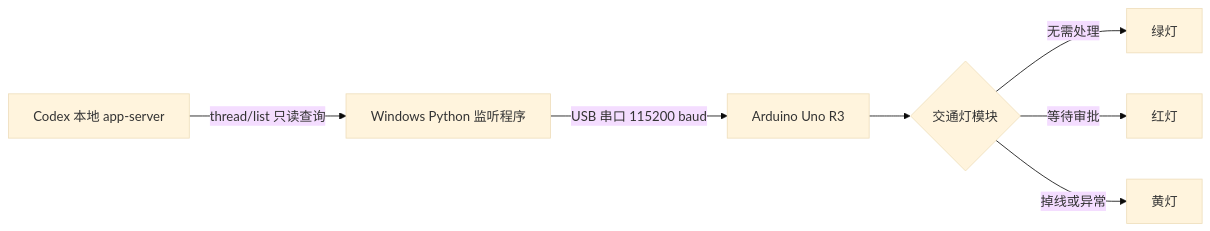
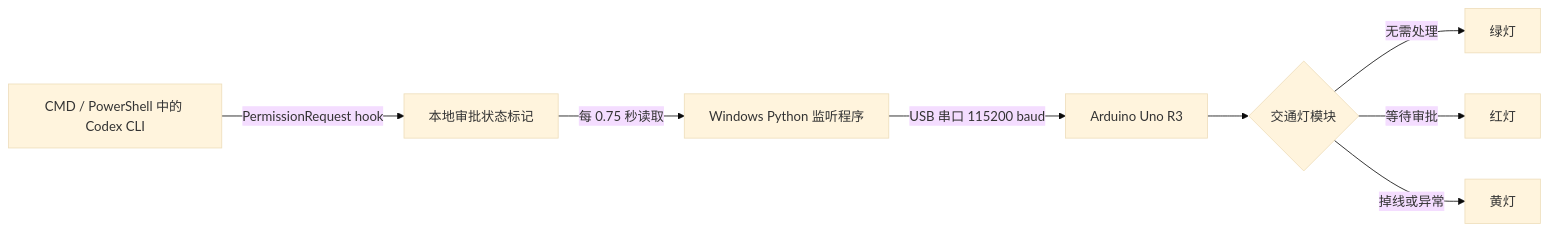
One commit to anonymousguestme-ctrl/Codex-Status-Traffic-Light changed the diagram in README.md. Above: the diagram before and after it, drawn with Mermaid (base theme). The commit also changed other lines of this file and 11 other files, not shown here.

````diff
--- a/README.md
+++ b/README.md
@@ -40,9 +40,10 @@
 ```mermaid
 flowchart LR
-    A[Codex 本地 app-server] -->|thread/list 只读查询| B[Windows Python 监听程序]
-    B -->|USB 串口 115200 baud| C[Arduino Uno R3]
-    C --> D{交通灯模块}
+    A[CMD / PowerShell 中的 Codex CLI] -->|PermissionRequest hook| B[本地审批状态标记]
+    B -->|每 0.75 秒读取| C[Windows Python 监听程序]
+    C -->|USB 串口 115200 baud| E[Arduino Uno R3]
+    E --> D{交通灯模块}
     D -->|无需处理| G[绿灯]
     D -->|等待审批| R[红灯]
     D -->|掉线或异常| Y[黄灯]
 ```
````
